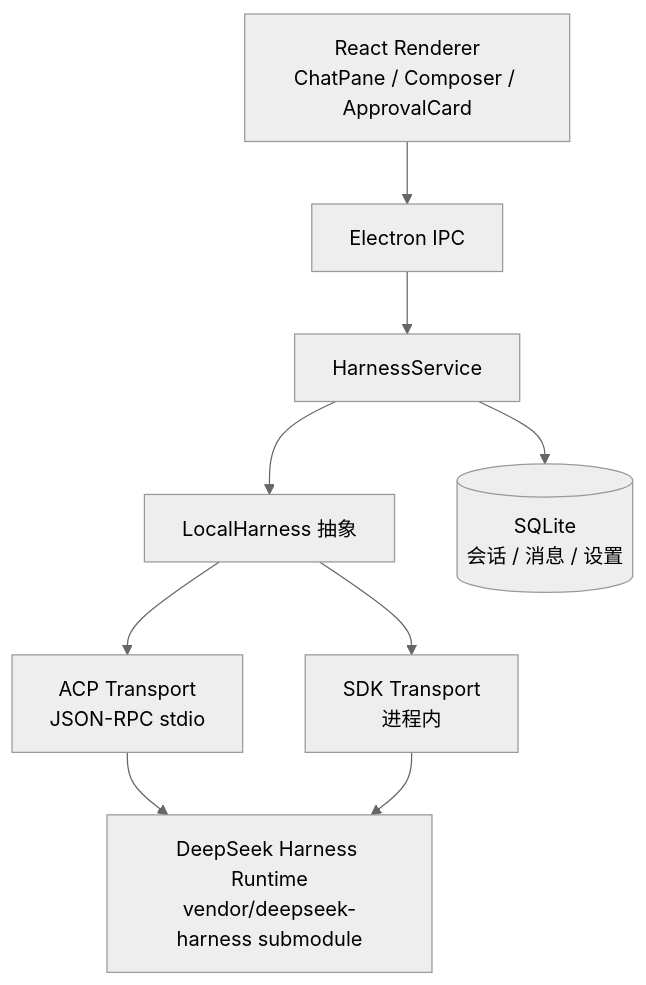
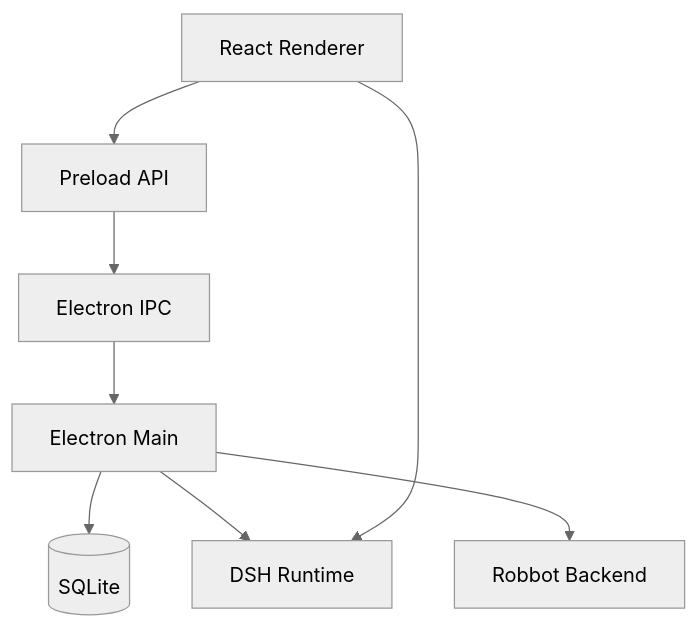
Before and after one commit to huiruo/robbot: the diagram in README.md, drawn with Mermaid (neutral theme). The commit also changed other lines of this file, not shown here.

````diff
--- a/README.md
+++ b/README.md
@@ -24,18 +11,16 @@
 ```mermaid
 graph TD
-    UI[React Renderer<br/>ChatPane / Composer / ApprovalCard]
+    Renderer[React Renderer]
+    Preload[Preload API]
     IPC[Electron IPC]
-    HS[HarnessService]
-    LH[LocalHarness 抽象]
-    ACP[ACP Transport<br/>JSON-RPC stdio]
-    SDK[SDK Transport<br/>进程内]
-    DSH[DeepSeek Harness Runtime<br/>vendor/deepseek-harness submodule]
-    DB[(SQLite<br/>会话 / 消息 / 设置)]
+    Main[Electron Main]
+    DB[(SQLite)]
+    DSH[DSH Runtime]
+    Backend[Robbot Backend]
 
-    UI --> IPC --> HS
-    HS --> LH
-    HS --> DB
-    LH --> ACP & SDK
-    ACP --> DSH
-    SDK --> DSH
+    Renderer --> Preload --> IPC --> Main
+    Main --> DB
+    Main --> DSH
+    Main --> Backend
+    Renderer --> DSH
 ```
````
